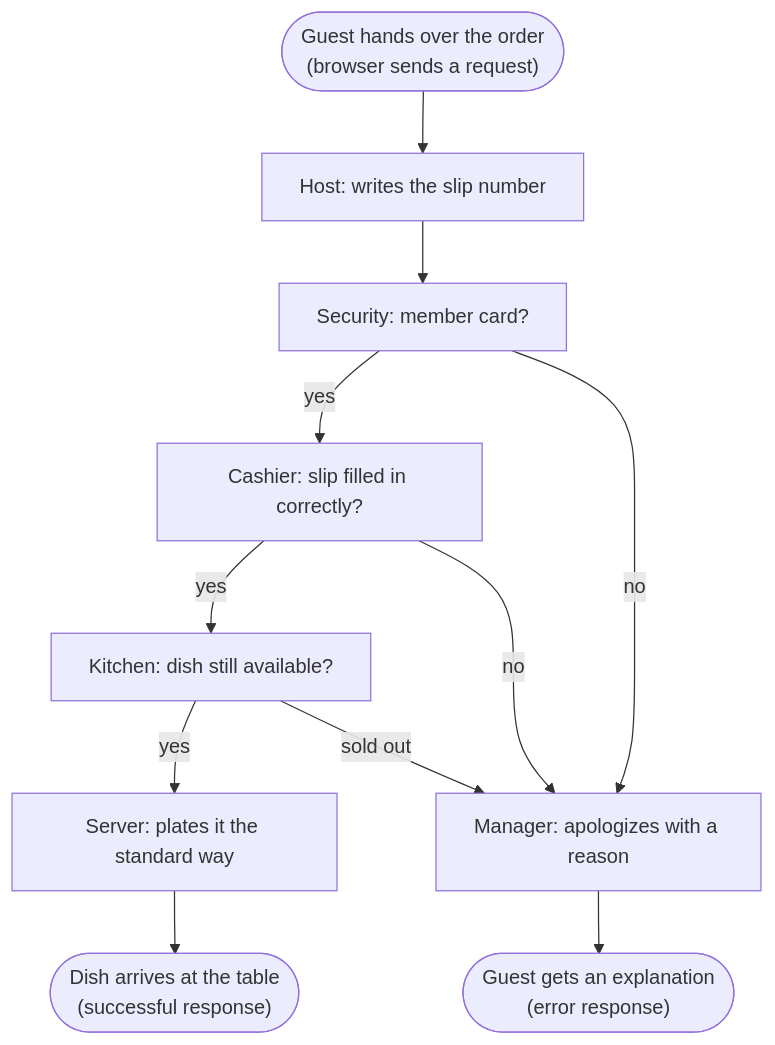
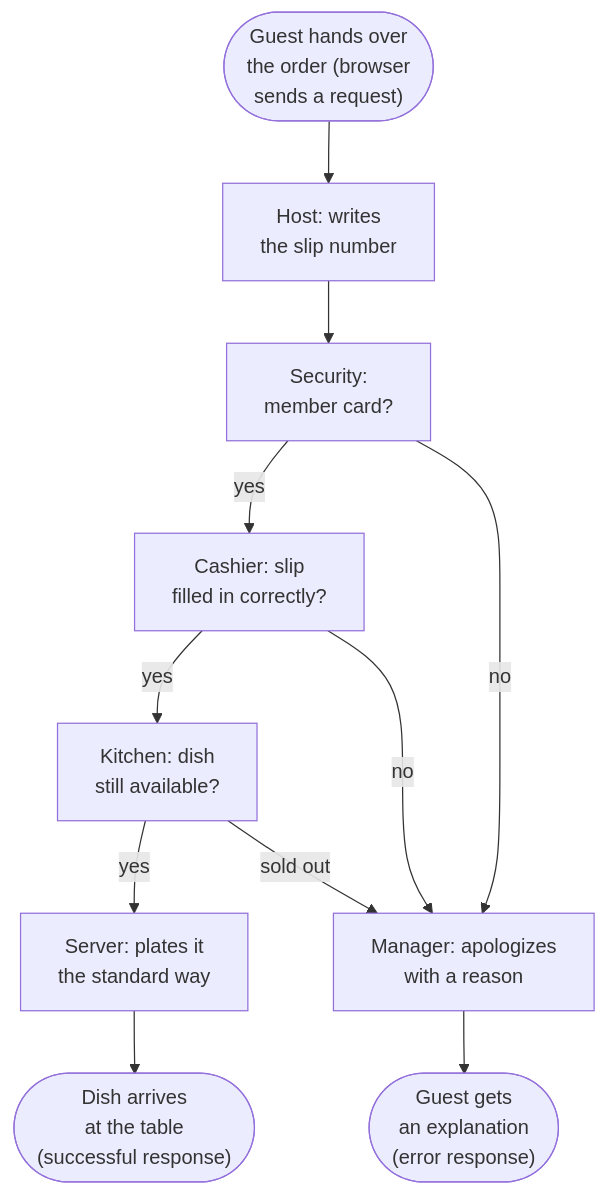
One commit to duongbui234/software-engineering-atlas changed the first of 2 diagrams in content/en/posts/2026-11-18-api-foundations.md. Above: the diagram before and after it, drawn with Mermaid. The commit also changed other lines of this file and 134 other files, not shown here.

First line of the commit message:
Fit every Mermaid diagram at 390px without sideways scroll (#56)

````diff
--- a/content/en/posts/2026-11-18-api-foundations.md
+++ b/content/en/posts/2026-11-18-api-foundations.md
@@ -54,13 +54,13 @@
 ```mermaid
 flowchart TB
-    K(["Guest hands over the order<br/>(browser sends a request)"]) --> A["Host: writes the slip number"]
-    A --> B["Security: member card?"]
-    B -- yes --> C["Cashier: slip filled in correctly?"]
-    C -- yes --> D["Kitchen: dish still available?"]
-    D -- yes --> E["Server: plates it the standard way"]
-    E --> OK(["Dish arrives at the table<br/>(successful response)"])
-    B -- no --> X["Manager: apologizes with a reason"]
+    K(["Guest hands over<br/>the order (browser<br/>sends a request)"]) --> A["Host: writes<br/>the slip number"]
+    A --> B["Security:<br/>member card?"]
+    B -- yes --> C["Cashier: slip<br/>filled in correctly?"]
+    C -- yes --> D["Kitchen: dish<br/>still available?"]
+    D -- yes --> E["Server: plates it<br/>the standard way"]
+    E --> OK(["Dish arrives<br/>at the table<br/>(successful response)"])
+    B -- no --> X["Manager: apologizes<br/>with a reason"]
     C -- no --> X
     D -- sold out --> X
-    X --> ERR(["Guest gets an explanation<br/>(error response)"])
+    X --> ERR(["Guest gets<br/>an explanation<br/>(error response)"])
 ```
````
